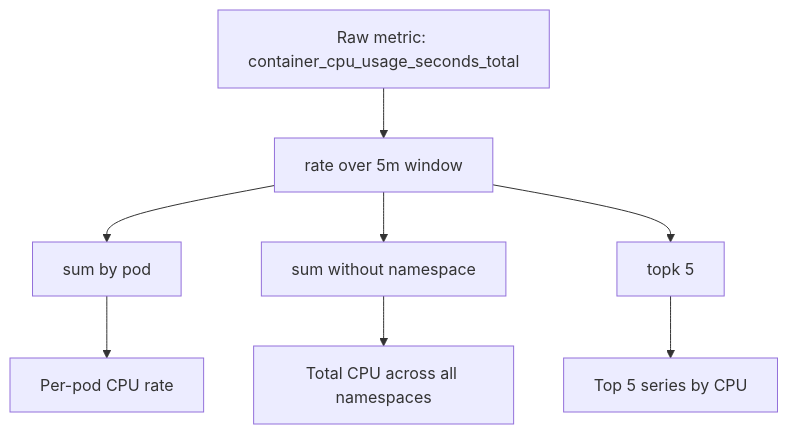
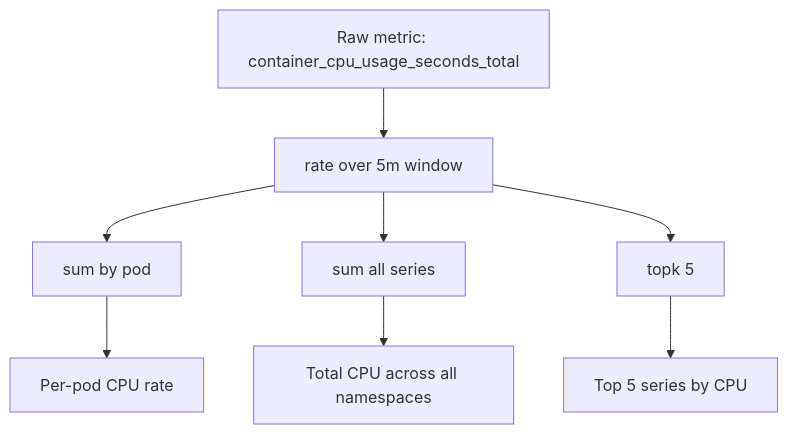
Before and after one commit to OneUptime/blog: the second of 2 diagrams in posts/2026-02-20-prometheus-promql-basics/README.md, drawn with Mermaid. The commit also changed other lines of this file and 2 other files, not shown here.

````diff
--- a/posts/2026-02-20-prometheus-promql-basics/README.md
+++ b/posts/2026-02-20-prometheus-promql-basics/README.md
@@ -120,10 +121,10 @@
 ```mermaid
 flowchart TD
     A[Raw metric: container_cpu_usage_seconds_total] --> B[rate over 5m window]
     B --> C[sum by pod]
     C --> D[Per-pod CPU rate]
-    B --> E[sum without namespace]
+    B --> E[sum all series]
     E --> F[Total CPU across all namespaces]
     B --> G[topk 5]
     G --> H[Top 5 series by CPU]
 ```
````
